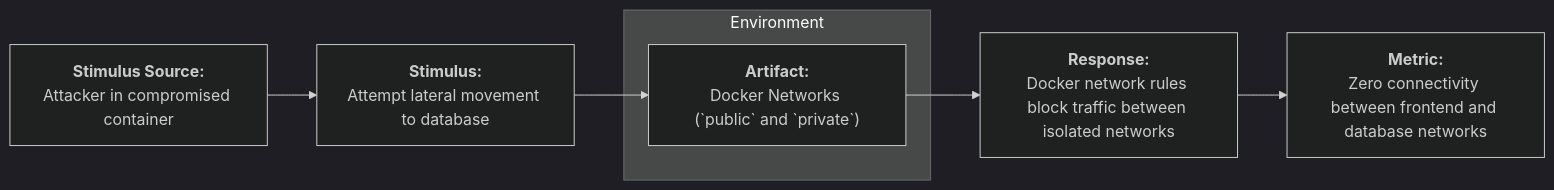
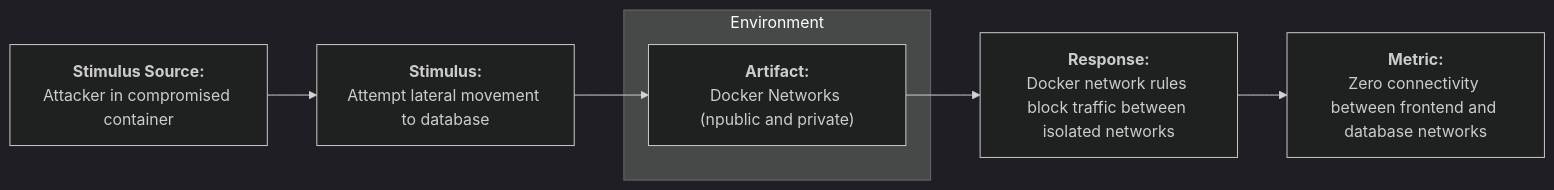
The seventh of 12 diagrams in README.md (juanalytics/tussi), drawn with Mermaid (dark theme) before and after one commit.

Commit message:
Fix typo in README regarding Docker Networks artifact description

````diff
--- a/README.md
+++ b/README.md
@@ -564,14 +564,14 @@
 ```mermaid
 graph LR
     A["<b>Stimulus Source:</b><br/>Attacker in compromised container"] --> B["<b>Stimulus:</b><br/>Attempt lateral movement to database"]
     
     B --> C_sub
     
     subgraph Environment
-        C_sub["<b>Artifact:</b><br/>Docker Networks (`public` and `private`)"]
+        C_sub["<b>Artifact:</b><br/>Docker Networks (npublic and private)"]
     end
     
     C_sub --> D["<b>Response:</b><br/>Docker network rules block traffic between isolated networks"]
     
     D --> E["<b>Metric:</b><br/>Zero connectivity between frontend and database networks"]
 ```
````
